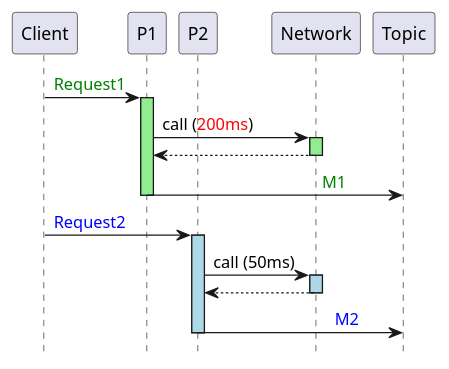
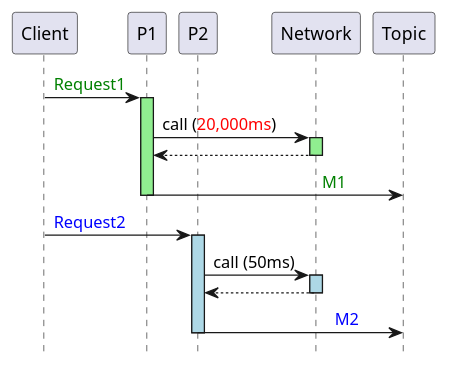
One commit to victorrentea/kafka changed the diagram in patterns/devoxx/1_producer_race.puml. Above: the diagram before and after it, drawn with PlantUML. The commit also changed 33 other files, not shown here.

```diff
--- a/patterns/devoxx/1_producer_race.puml
+++ b/patterns/devoxx/1_producer_race.puml
@@ -1,25 +1,27 @@
 @startuml
 'title Producer Race
 hide footbox
 participant Client
 participant P1
 participant P2
 
 
 Client->P1: <font color=green>Request1
 activate P1 #lightgreen
-P1->Network: call (<font color=red>200ms</font>)
+P1->Network: call (<font color=red>20,000ms</font>)
 activate Network #lightgreen
 '<- place here
 P1<--Network--
 P1->Topic: <font color=green>                                       M1
 P1--
+
+'---🔽start: move this section up
 Client->P2: <font color=blue>Request2
 activate P2 #lightblue
 P2->Network:call (50ms)
 activate Network #lightblue
 P2<--Network--
 P2->Topic: <font color=blue>                              M2
 P2--
-'---------- move this up🔼
+'--- 🔼end
 @enduml
```
